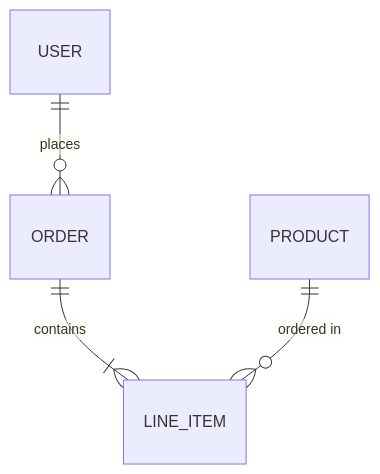
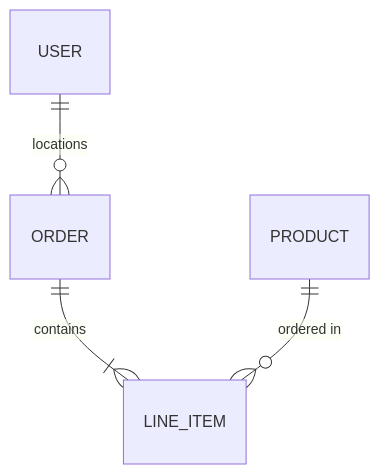
One commit to devbasex/ai-plugins changed the fifth of 9 diagrams in plugins/ndf/skills/document-style/01-diagram-guide.md. Above: the diagram before and after it, drawn with Mermaid. The commit also changed other lines of this file and 3010 other files, not shown here.

````diff
--- a/plugins/ndf/skills/document-style/01-diagram-guide.md
+++ b/plugins/ndf/skills/document-style/01-diagram-guide.md
@@ -94,6 +94,6 @@
 ```mermaid
 erDiagram
-    USER ||--o{ ORDER : places
+    USER ||--o{ ORDER : locations
     ORDER ||--|{ LINE_ITEM : contains
     PRODUCT ||--o{ LINE_ITEM : "ordered in"
 ```
````
